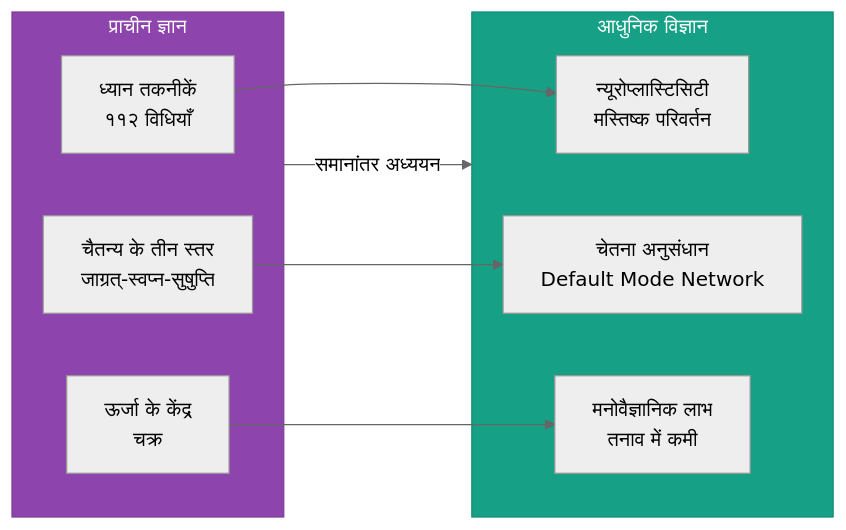
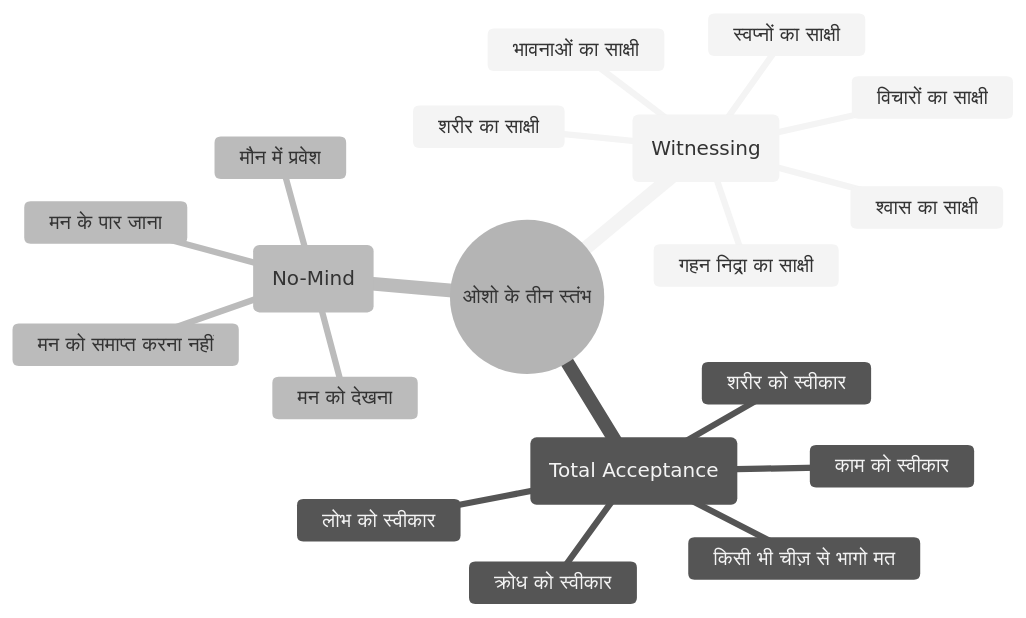
The third of 3 diagrams in docs/courses/vigyan-bhairav-tantra/index.md (Raushan666java/ai-engineering-journey), drawn with Mermaid (neutral theme) before and after one commit. The commit also changed other lines of this file and 37 other files, not shown here.

````diff
--- a/docs/courses/vigyan-bhairav-tantra/index.md
+++ b/docs/courses/vigyan-bhairav-tantra/index.md
@@ -193,22 +177,22 @@
 ```mermaid
-flowchart LR
-    subgraph Ancient["प्राचीन ज्ञान"]
-        A["ध्यान तकनीकें<br/>११२ विधियाँ"]
-        B["चैतन्य के तीन स्तर<br/>जाग्रत्-स्वप्न-सुषुप्ति"]
-        C["ऊर्जा के केंद्र<br/>चक्र"]
-    end
-    
-    subgraph Modern["आधुनिक विज्ञान"]
-        D["न्यूरोप्लास्टिसिटी<br/>मस्तिष्क परिवर्तन"]
-        E["चेतना अनुसंधान<br/>Default Mode Network"]
-        F["मनोवैज्ञानिक लाभ<br/>तनाव में कमी"]
-    end
-    
-    Ancient -->|समानांतर अध्ययन| Modern
-    A --> D
-    B --> E
-    C --> F
-    
-    style Ancient fill:#8e44ad,color:#fff,stroke:#7d3c98
-    style Modern fill:#16a085,color:#fff,stroke:#138d75
+mindmap
+  root((ओशो के तीन स्तंभ))
+    साक्षी (Witnessing)
+      श्वास का साक्षी
+      शरीर का साक्षी
+      विचारों का साक्षी
+      भावनाओं का साक्षी
+      स्वप्नों का साक्षी
+      गहन निद्रा का साक्षी
+    सम्पूर्ण स्वीकार (Total Acceptance)
+      शरीर को स्वीकार
+      काम को स्वीकार
+      क्रोध को स्वीकार
+      लोभ को स्वीकार
+      किसी भी चीज़ से भागो मत
+    नो-माइंड (No-Mind)
+      मन को समाप्त करना नहीं
+      मन को देखना
+      मन के पार जाना
+      मौन में प्रवेश
 ```
````
